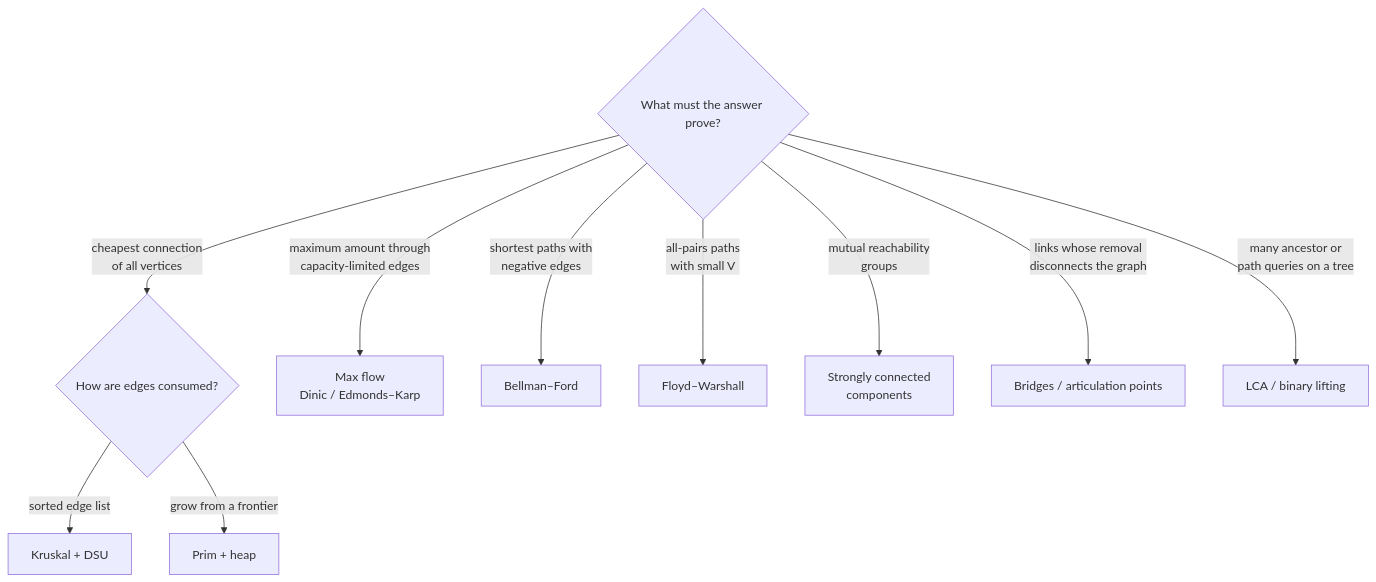
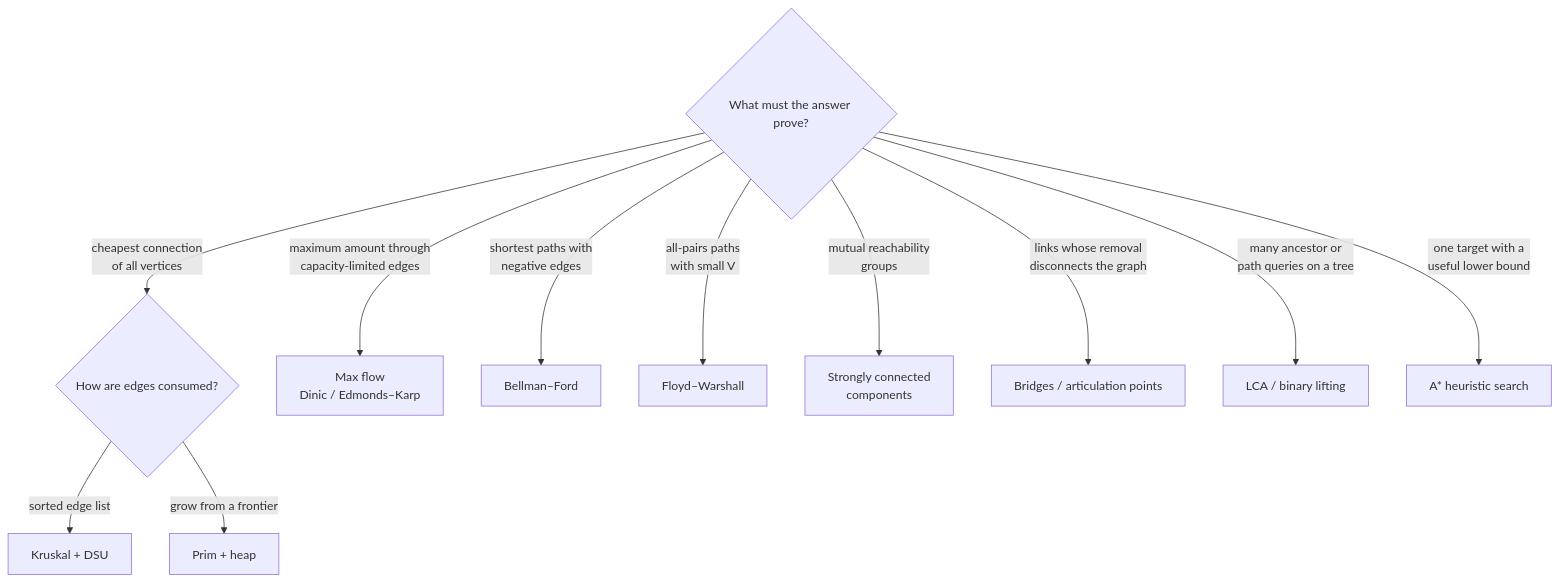
Before and after one commit to buicongnguyen/Leetcode: the first of 2 diagrams in docs/chapter_10_advanced_graphs/index.md, drawn with Mermaid. The commit also changed other lines of this file and 47 other files, not shown here.

````diff
--- a/docs/chapter_10_advanced_graphs/index.md
+++ b/docs/chapter_10_advanced_graphs/index.md
@@ -20,15 +21,16 @@
 ```mermaid
 flowchart TD
   accTitle: Choosing an advanced graph algorithm by the result to prove
-  accDescr: Choose minimum spanning tree algorithms to connect all vertices cheaply, max flow to maximize movement through capacities, Bellman-Ford or Floyd-Warshall for specialized shortest paths, strongly connected components for mutual reachability, bridge search for critical links, and binary lifting for repeated ancestor queries.
+  accDescr: Choose minimum spanning tree algorithms to connect all vertices cheaply, max flow to maximize movement through capacities, Bellman-Ford or Floyd-Warshall for specialized shortest paths, A-star for one target with a lower-bound heuristic, strongly connected components for mutual reachability, bridge search for critical links, and binary lifting for repeated ancestor queries.
   A{"What must the answer prove?"}
   A -->|"cheapest connection<br/>of all vertices"| B{"How are edges consumed?"}
   B -->|"sorted edge list"| C["Kruskal + DSU"]
   B -->|"grow from a frontier"| D["Prim + heap"]
   A -->|"maximum amount through<br/>capacity-limited edges"| E["Max flow<br/>Dinic / Edmonds–Karp"]
   A -->|"shortest paths with<br/>negative edges"| F["Bellman–Ford"]
   A -->|"all-pairs paths<br/>with small V"| G["Floyd–Warshall"]
   A -->|"mutual reachability<br/>groups"| H["Strongly connected<br/>components"]
   A -->|"links whose removal<br/>disconnects the graph"| I["Bridges / articulation points"]
   A -->|"many ancestor or<br/>path queries on a tree"| J["LCA / binary lifting"]
+  A -->|"one target with a<br/>useful lower bound"| K["A* heuristic search"]
 ```
````
